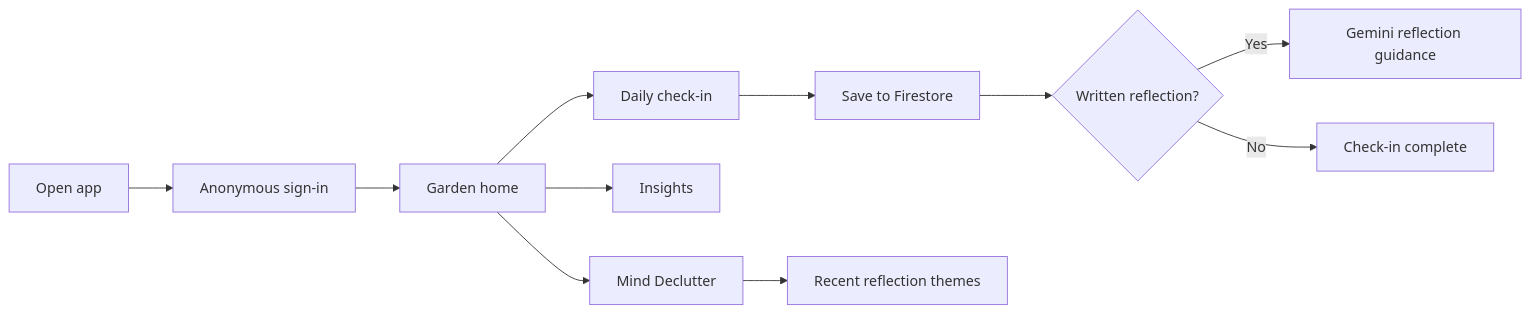
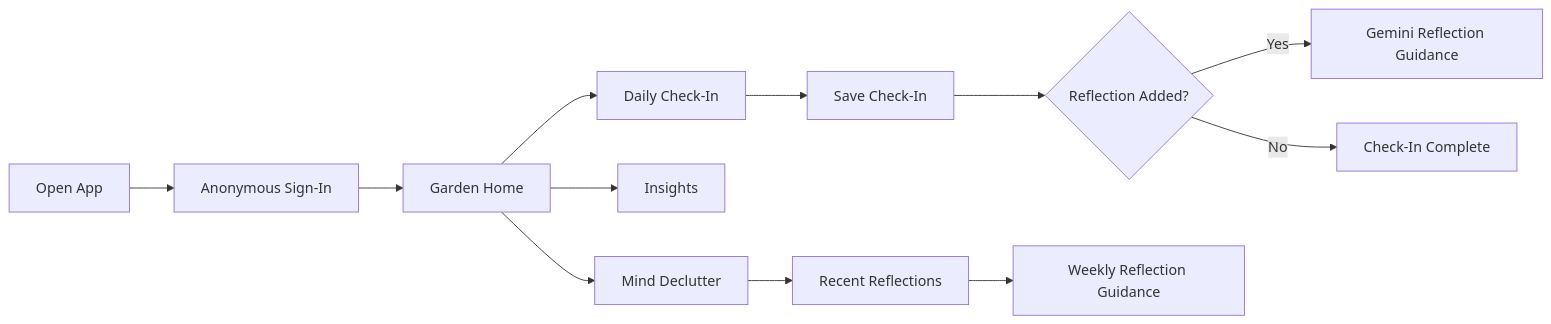
Before and after one commit to mou123das/Inner-Garden: the first of 4 diagrams in README.md, drawn with Mermaid. The commit also changed other lines of this file, not shown here.

````diff
--- a/README.md
+++ b/README.md
@@ -17,13 +87,18 @@
 ```mermaid
 flowchart LR
-    A[Open app] --> B[Anonymous sign-in]
-    B --> C[Garden home]
-    C --> D[Daily check-in]
-    D --> E[Save to Firestore]
-    E --> F{Written reflection?}
-    F -->|Yes| G[Gemini reflection guidance]
-    F -->|No| H[Check-in complete]
-    C --> I[Insights]
-    C --> J[Mind Declutter]
-    J --> K[Recent reflection themes]
+    A["Open App"] --> B["Anonymous Sign-In"]
+    B --> C["Garden Home"]
+
+    C --> D["Daily Check-In"]
+    D --> E["Save Check-In"]
+    E --> F{"Reflection Added?"}
+
+    F -->|Yes| G["Gemini Reflection Guidance"]
+    F -->|No| H["Check-In Complete"]
+
+    C --> I["Insights"]
+    C --> J["Mind Declutter"]
+
+    J --> K["Recent Reflections"]
+    K --> L["Weekly Reflection Guidance"]
 ```
````
